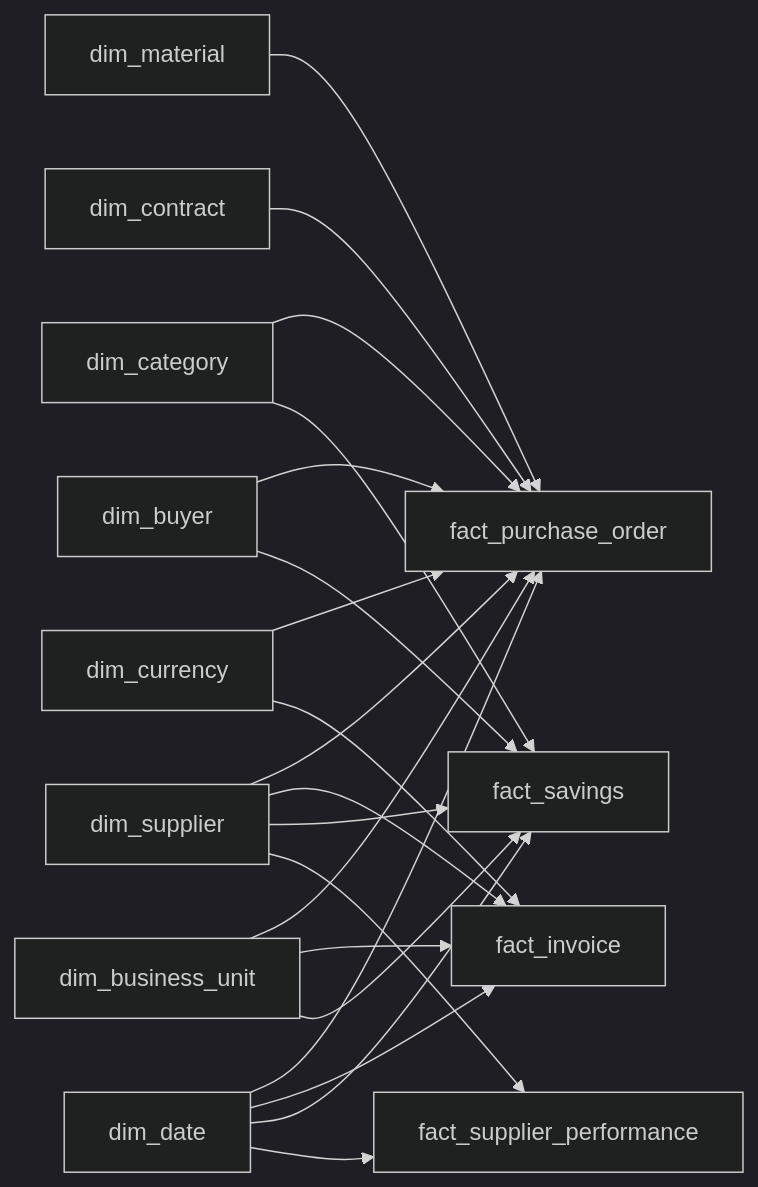
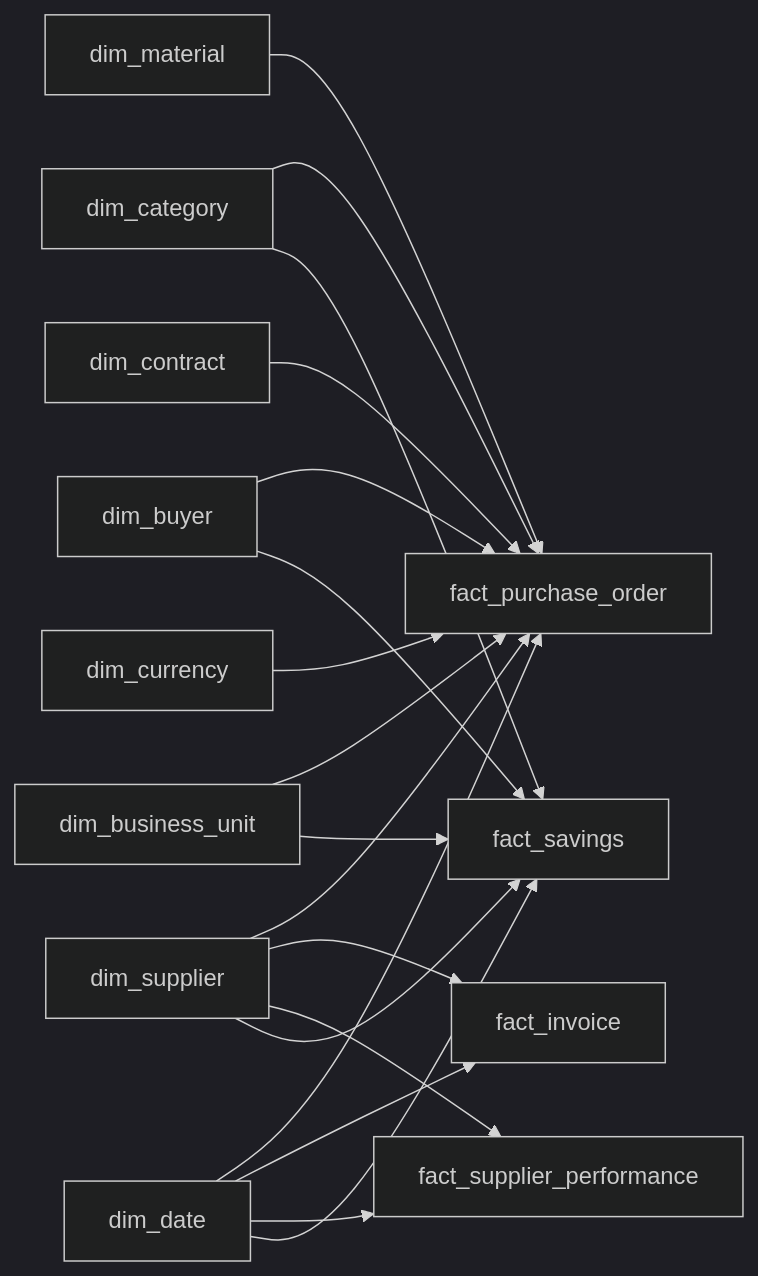
The diagram in docs/architecture/data-model.md (RyanPadma/procurement-intelligence-platform), drawn with Mermaid (dark theme) before and after one commit. The commit also changed other lines of this file, not shown here.

````diff
--- a/docs/architecture/data-model.md
+++ b/docs/architecture/data-model.md
@@ -14,39 +14,37 @@
 ```mermaid
 flowchart LR
     DS[dim_supplier]
     DC[dim_category]
     DM[dim_material]
     DB[dim_buyer]
     DBU[dim_business_unit]
     DCT[dim_contract]
     DD[dim_date]
     DCU[dim_currency]
 
     FPO[fact_purchase_order]
     FI[fact_invoice]
+    FSP[fact_supplier_performance]
     FS[fact_savings]
-    FSP[fact_supplier_performance]
 
     DS --> FPO
     DC --> FPO
     DM --> FPO
     DB --> FPO
     DBU --> FPO
     DCT --> FPO
     DD --> FPO
     DCU --> FPO
 
     DS --> FI
-    DBU --> FI
     DD --> FI
-    DCU --> FI
+
+    DS --> FSP
+    DD --> FSP
 
     DS --> FS
     DC --> FS
     DB --> FS
     DBU --> FS
     DD --> FS
-
-    DS --> FSP
-    DD --> FSP
 ```
````
